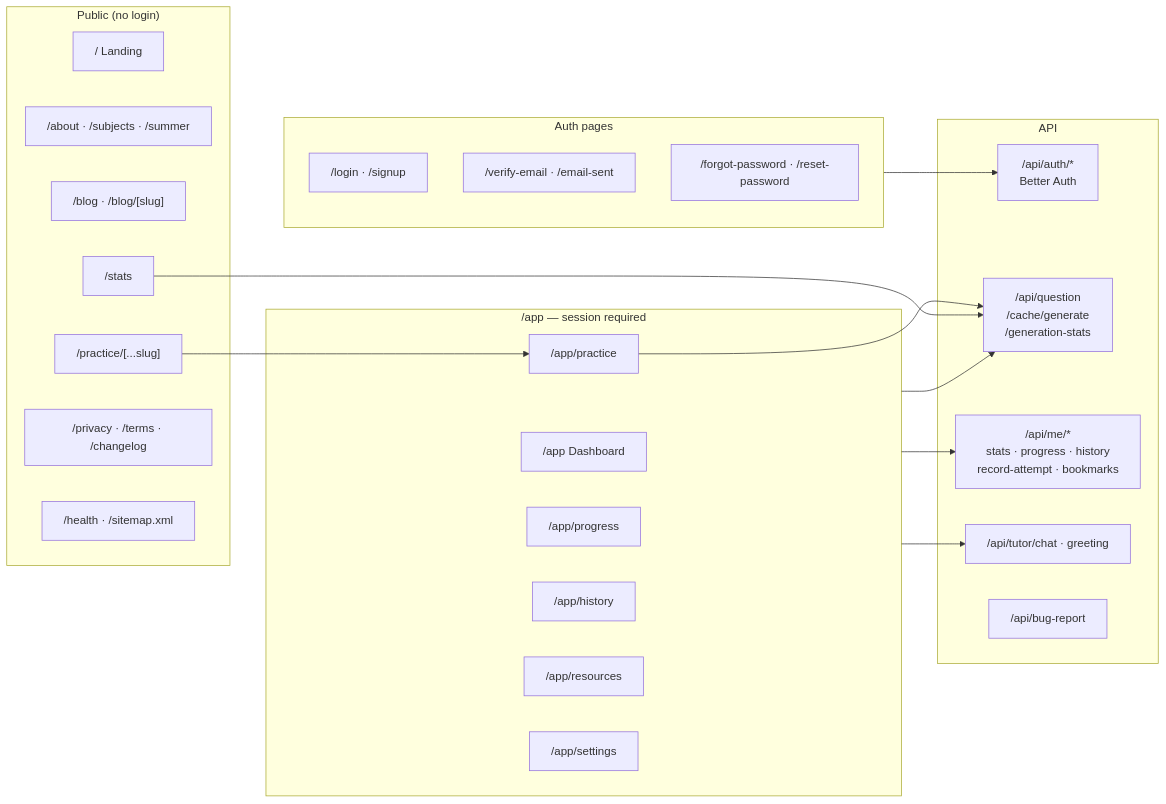
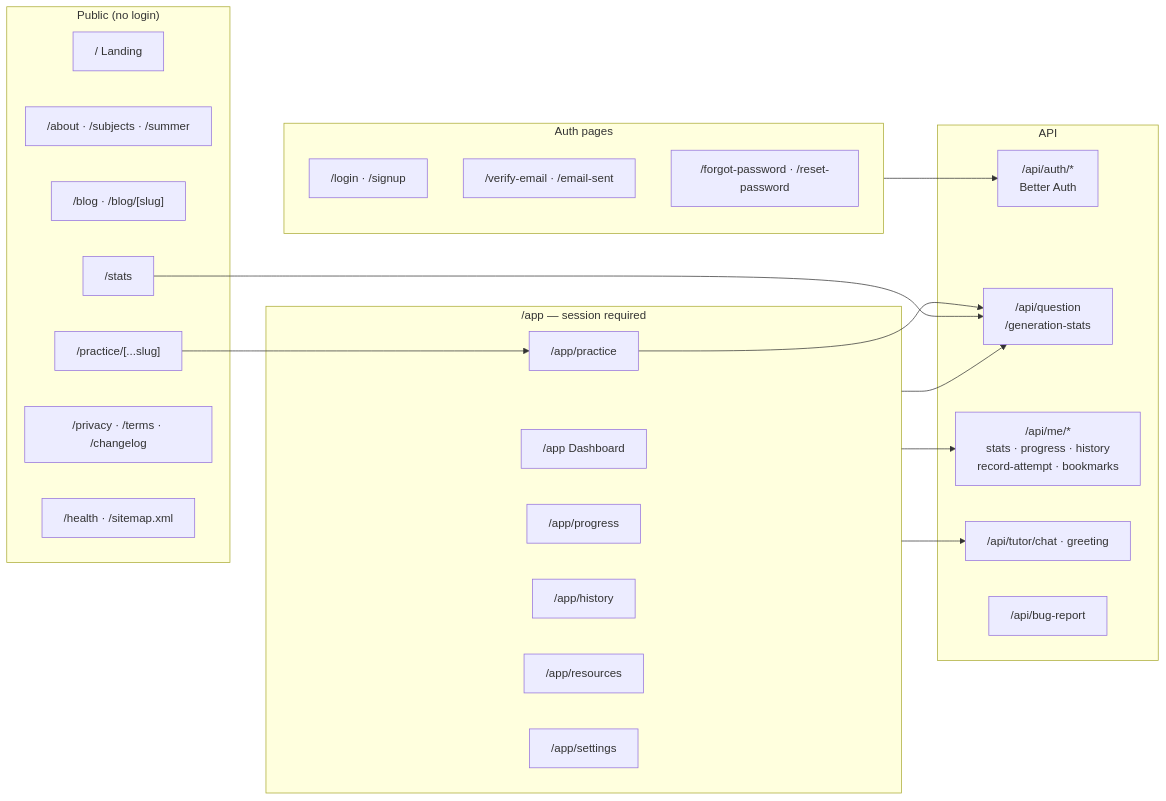
One commit to 5cisummai/freeappractice changed the third of 7 diagrams in docs/architecture.md. Above: the diagram before and after it, drawn with Mermaid. The commit also changed other lines of this file and 5 other files, not shown here.

````diff
--- a/docs/architecture.md
+++ b/docs/architecture.md
@@ -106,43 +106,43 @@
 ```mermaid
 flowchart LR
     subgraph Public["Public (no login)"]
         P1["/ Landing"]
         P2["/about · /subjects · /summer"]
         P3["/blog · /blog/[slug]"]
         P4["/stats"]
         P5["/practice/[...slug]"]
         P6["/privacy · /terms · /changelog"]
         P7["/health · /sitemap.xml"]
     end
 
     subgraph AuthPages["Auth pages"]
         A1["/login · /signup"]
         A2["/verify-email · /email-sent"]
         A3["/forgot-password · /reset-password"]
     end
 
     subgraph App["/app — session required"]
         D["/app Dashboard"]
         PR["/app/practice"]
         PG["/app/progress"]
         HI["/app/history"]
         RS["/app/resources"]
         ST["/app/settings"]
     end
 
     subgraph API["API"]
         AUTH["/api/auth/*<br/>Better Auth"]
-        Q["/api/question<br/>/cache/generate<br/>/generation-stats"]
+        Q["/api/question<br/>/generation-stats"]
         ME["/api/me/*<br/>stats · progress · history<br/>record-attempt · bookmarks"]
         T["/api/tutor/chat · greeting"]
         BR["/api/bug-report"]
     end
 
     AuthPages --> AUTH
     App --> ME
     App --> Q
     App --> T
     PR --> Q
     P4 --> Q
     P5 --> PR
 ```
````
